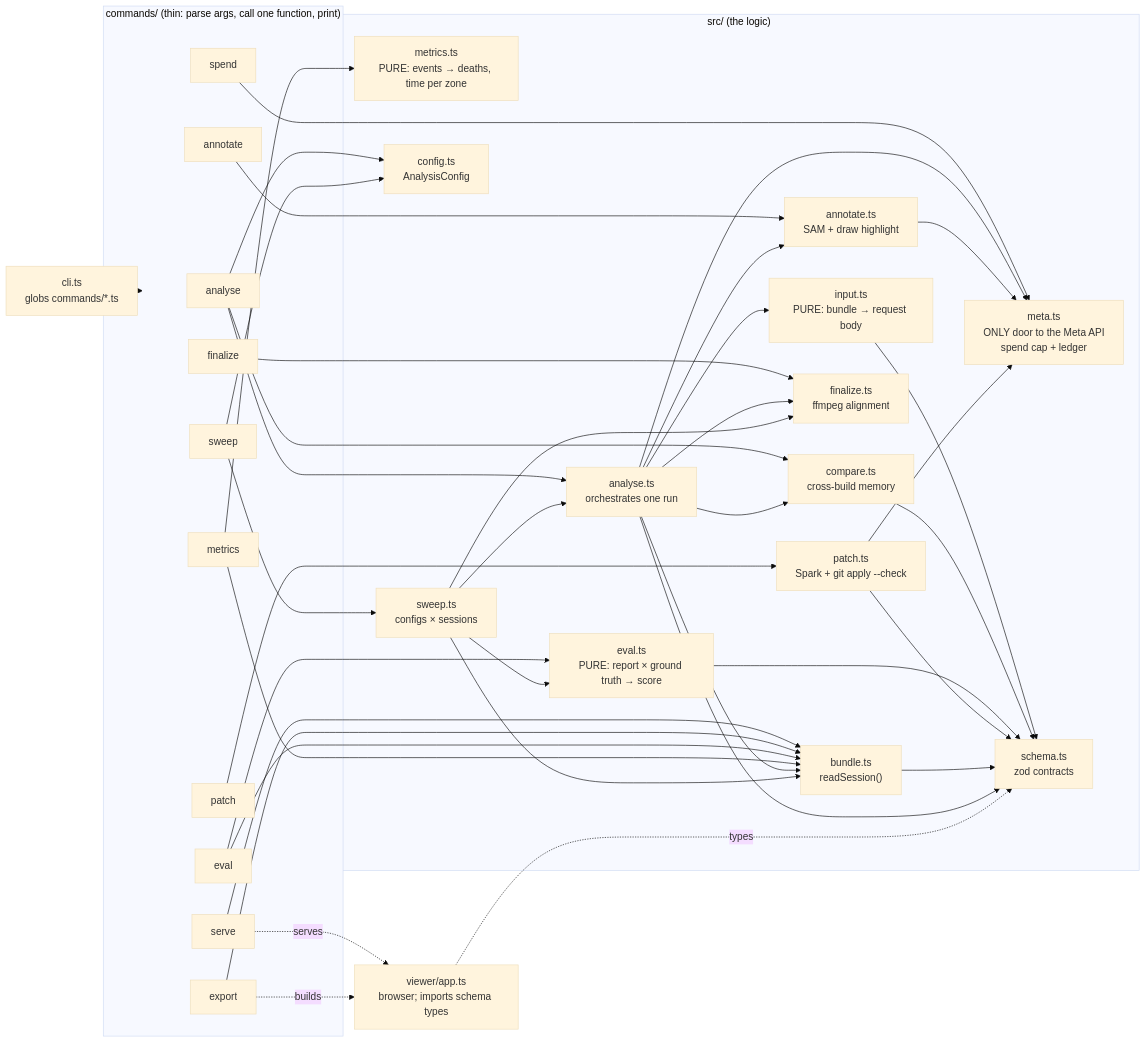
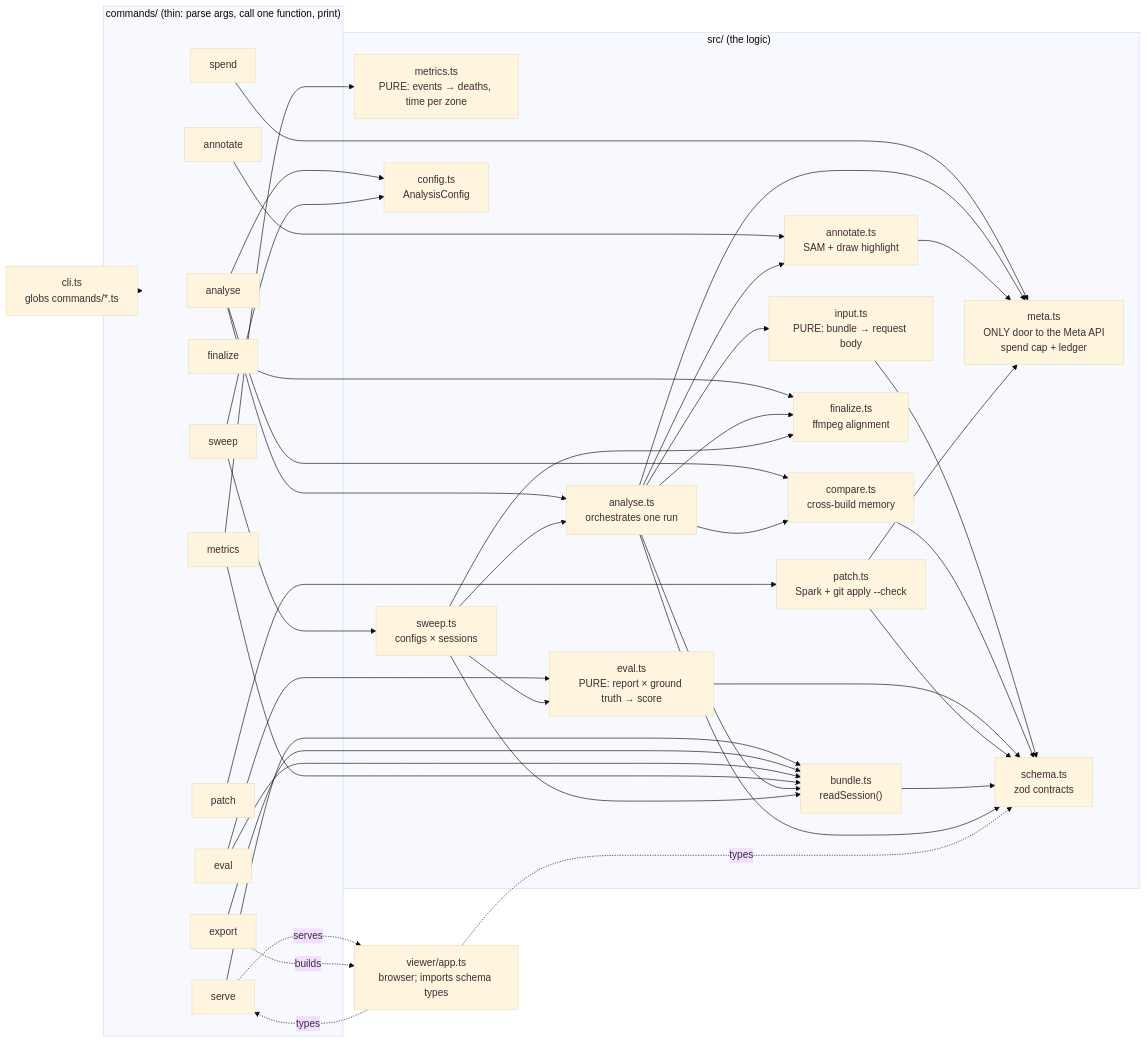
The fourth of 9 diagrams in docs/architecture.md (tornupgaming/playtest-analyst), drawn with Mermaid (base theme) before and after one commit. The commit also changed other lines of this file and 10 other files, not shown here.

First line of the commit message:
Viewer: glass 'studio' layout with an uncovered video, a finding inspector and a labelled timeline

````diff
--- a/docs/architecture.md
+++ b/docs/architecture.md
@@ -170,48 +171,48 @@
 ```mermaid
 flowchart LR
   cli["cli.ts<br/>globs commands/*.ts"]
 
   subgraph commands["commands/ (thin: parse args, call one function, print)"]
     cA["analyse"] ; cAn["annotate"] ; cF["finalize"] ; cP["patch"]
     cS["serve"] ; cX["export"] ; cE["eval"] ; cSw["sweep"] ; cM["metrics"] ; cSp["spend"]
   end
 
   subgraph core["src/ (the logic)"]
     analyse["analyse.ts<br/>orchestrates one run"]
     input["input.ts<br/>PURE: bundle → request body"]
     compare["compare.ts<br/>cross-build memory"]
     annotate["annotate.ts<br/>SAM + draw highlight"]
     patch["patch.ts<br/>Spark + git apply --check"]
     finalize["finalize.ts<br/>ffmpeg alignment"]
     eval["eval.ts<br/>PURE: report × ground truth → score"]
     metrics["metrics.ts<br/>PURE: events → deaths, time per zone"]
     sweep["sweep.ts<br/>configs × sessions"]
     bundle["bundle.ts<br/>readSession()"]
     config["config.ts<br/>AnalysisConfig"]
     meta["meta.ts<br/>ONLY door to the Meta API<br/>spend cap + ledger"]
     schema["schema.ts<br/>zod contracts"]
   end
 
   viewer["viewer/app.ts<br/>browser; imports schema types"]
 
   cli --> commands
   cA --> analyse & compare & config
   cAn --> annotate
   cF --> finalize
   cP --> patch
   cS --> bundle
   cS -.serves.-> viewer
   cX --> bundle
   cX -.builds.-> viewer
   cE --> eval & bundle
   cSw --> sweep & config
   cM --> metrics & bundle
   cSp --> meta
 
   analyse --> finalize & bundle & input & compare & annotate & meta
   sweep --> analyse & eval & finalize & bundle
   annotate --> meta
   patch --> meta
   input & compare & eval & patch & bundle & analyse --> schema
-  viewer -.types.-> schema
+  viewer -.types.-> schema & cS
 ```
````
